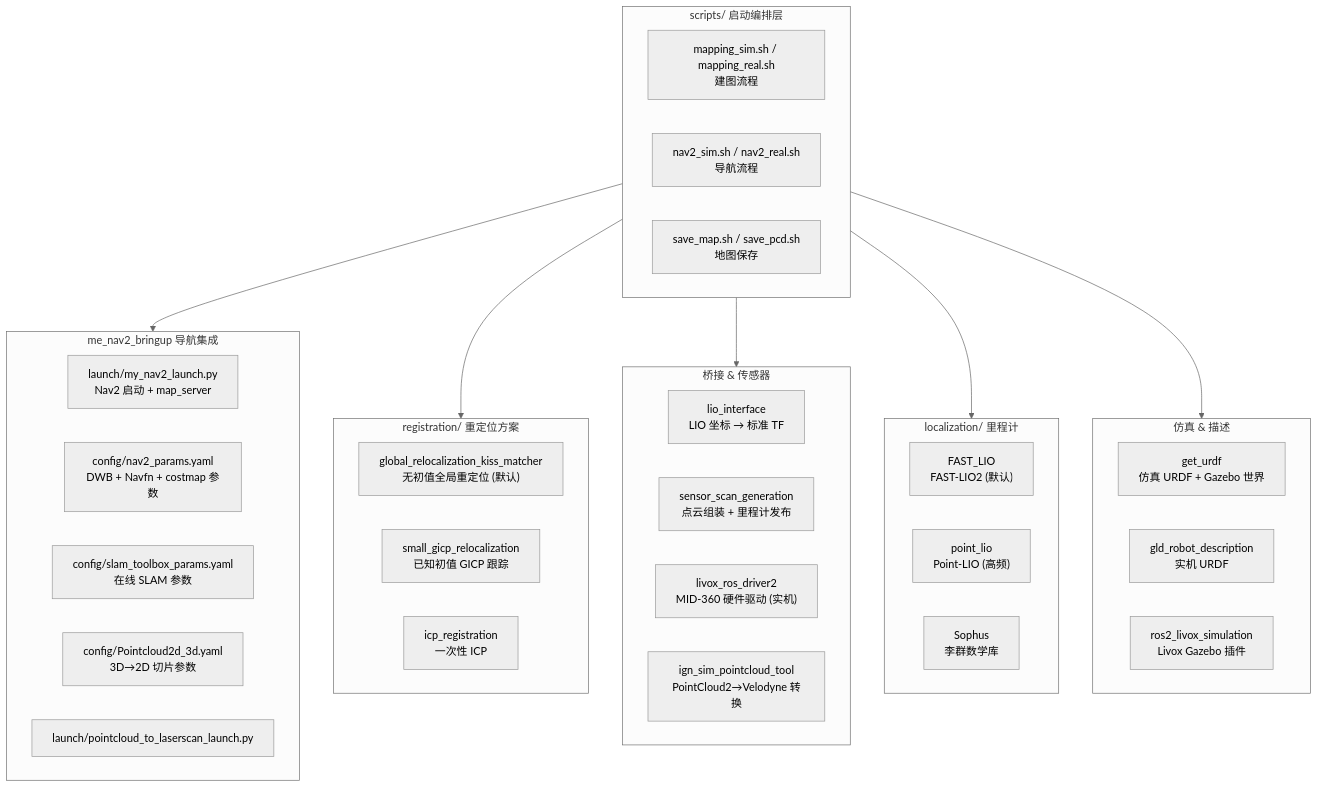
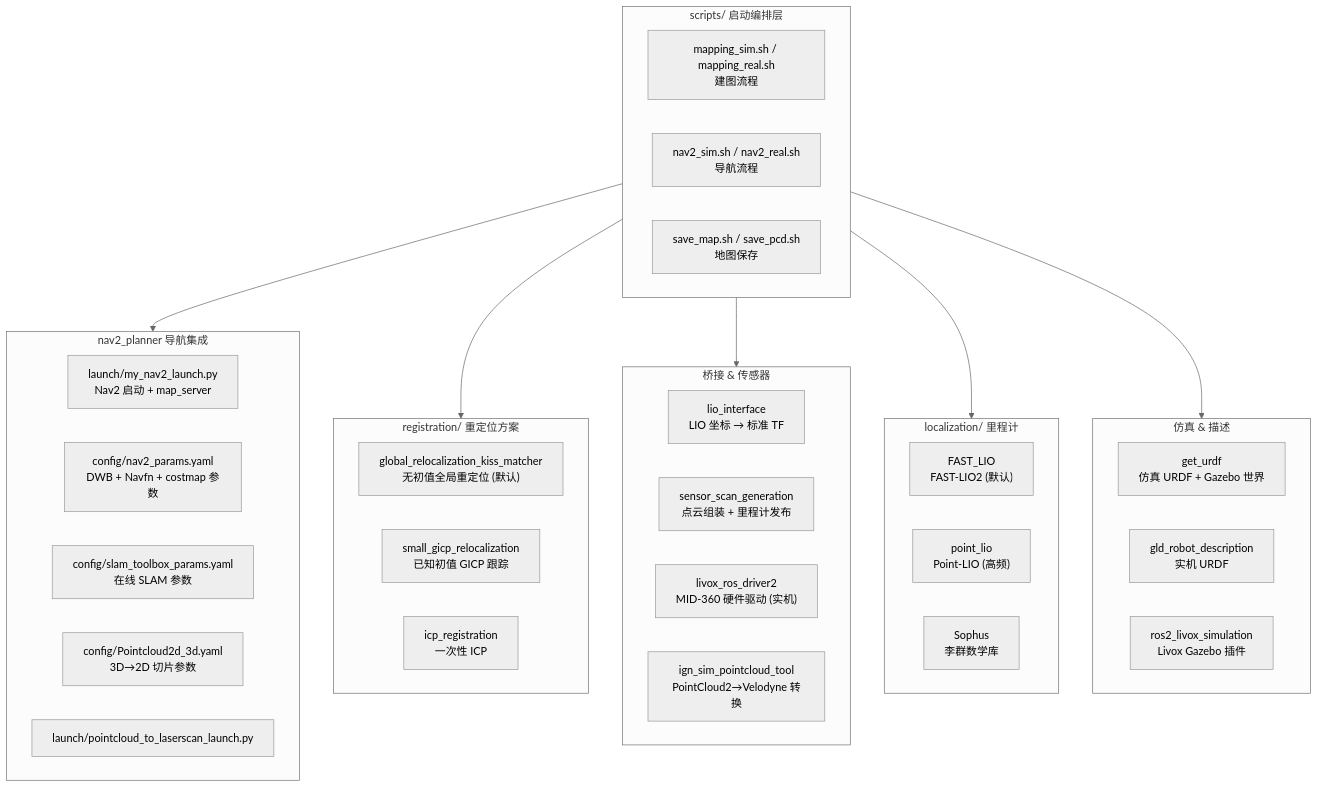
The fourth of 5 diagrams in docs/arch.md (JunJie1213855/LIO_Nav2_ROS2), drawn with Mermaid (neutral theme) before and after one commit. The commit also changed 55 other files, not shown here.

````diff
--- a/docs/arch.md
+++ b/docs/arch.md
@@ -166,47 +166,47 @@
 ```mermaid
 flowchart TD
     subgraph SCRIPTS["scripts/ 启动编排层"]
         S1["mapping_sim.sh / mapping_real.sh<br>建图流程"]
         S2["nav2_sim.sh / nav2_real.sh<br>导航流程"]
         S3["save_map.sh / save_pcd.sh<br>地图保存"]
     end
 
-    subgraph NAV_PKG["me_nav2_bringup 导航集成"]
+    subgraph NAV_PKG["nav2_planner 导航集成"]
         N1["launch/my_nav2_launch.py<br>Nav2 启动 + map_server"]
         N2["config/nav2_params.yaml<br>DWB + Navfn + costmap 参数"]
         N3["config/slam_toolbox_params.yaml<br>在线 SLAM 参数"]
         N4["config/Pointcloud2d_3d.yaml<br>3D→2D 切片参数"]
         N5["launch/pointcloud_to_laserscan_launch.py"]
     end
 
     subgraph RELOC_PKG["registration/ 重定位方案"]
         R1["global_relocalization_kiss_matcher<br>无初值全局重定位 (默认)"]
         R2["small_gicp_relocalization<br>已知初值 GICP 跟踪"]
         R3["icp_registration<br>一次性 ICP"]
     end
 
     subgraph BRIDGE_PKG["桥接 & 传感器"]
         B1["lio_interface<br>LIO 坐标 → 标准 TF"]
         B2["sensor_scan_generation<br>点云组装 + 里程计发布"]
         B3["livox_ros_driver2<br>MID-360 硬件驱动 (实机)"]
         B4["ign_sim_pointcloud_tool<br>PointCloud2→Velodyne 转换"]
     end
 
     subgraph LIO_PKG["localization/ 里程计"]
         L1["FAST_LIO<br>FAST-LIO2 (默认)"]
         L2["point_lio<br>Point-LIO (高频)"]
         L3["Sophus<br>李群数学库"]
     end
 
     subgraph SIM_PKG["仿真 & 描述"]
         SM1["get_urdf<br>仿真 URDF + Gazebo 世界"]
         SM2["gld_robot_description<br>实机 URDF"]
         SM3["ros2_livox_simulation<br>Livox Gazebo 插件"]
     end
 
     SCRIPTS --> NAV_PKG
     SCRIPTS --> RELOC_PKG
     SCRIPTS --> BRIDGE_PKG
     SCRIPTS --> LIO_PKG
     SCRIPTS --> SIM_PKG
 ```
````
